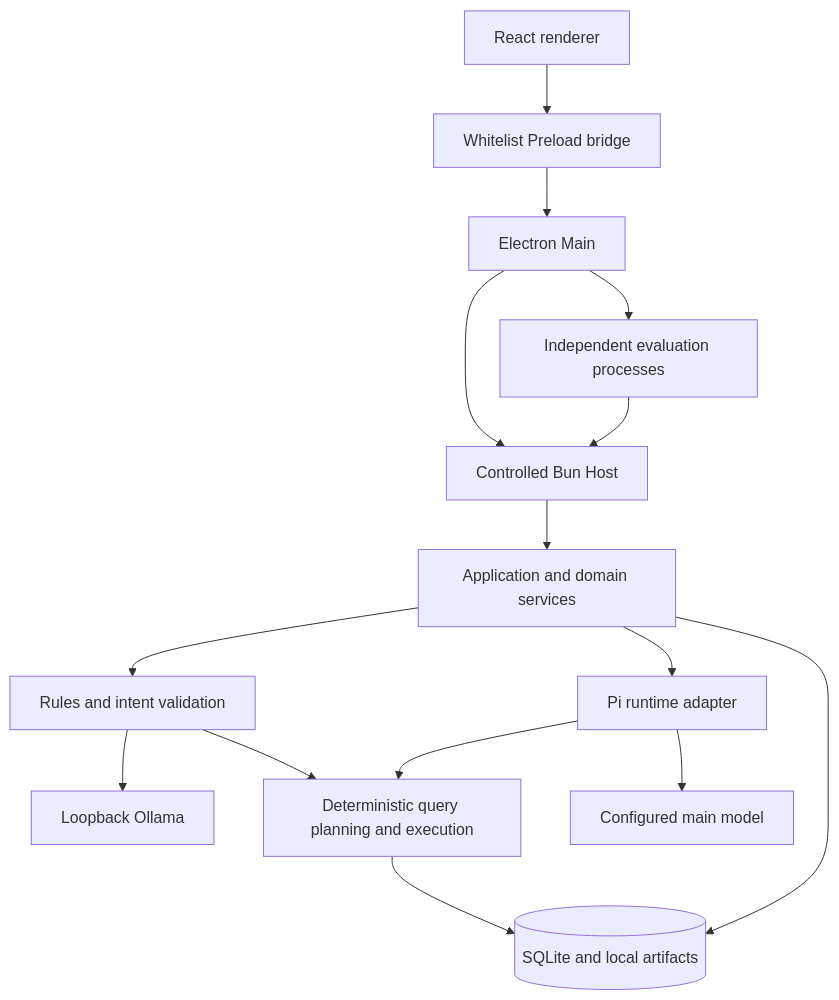
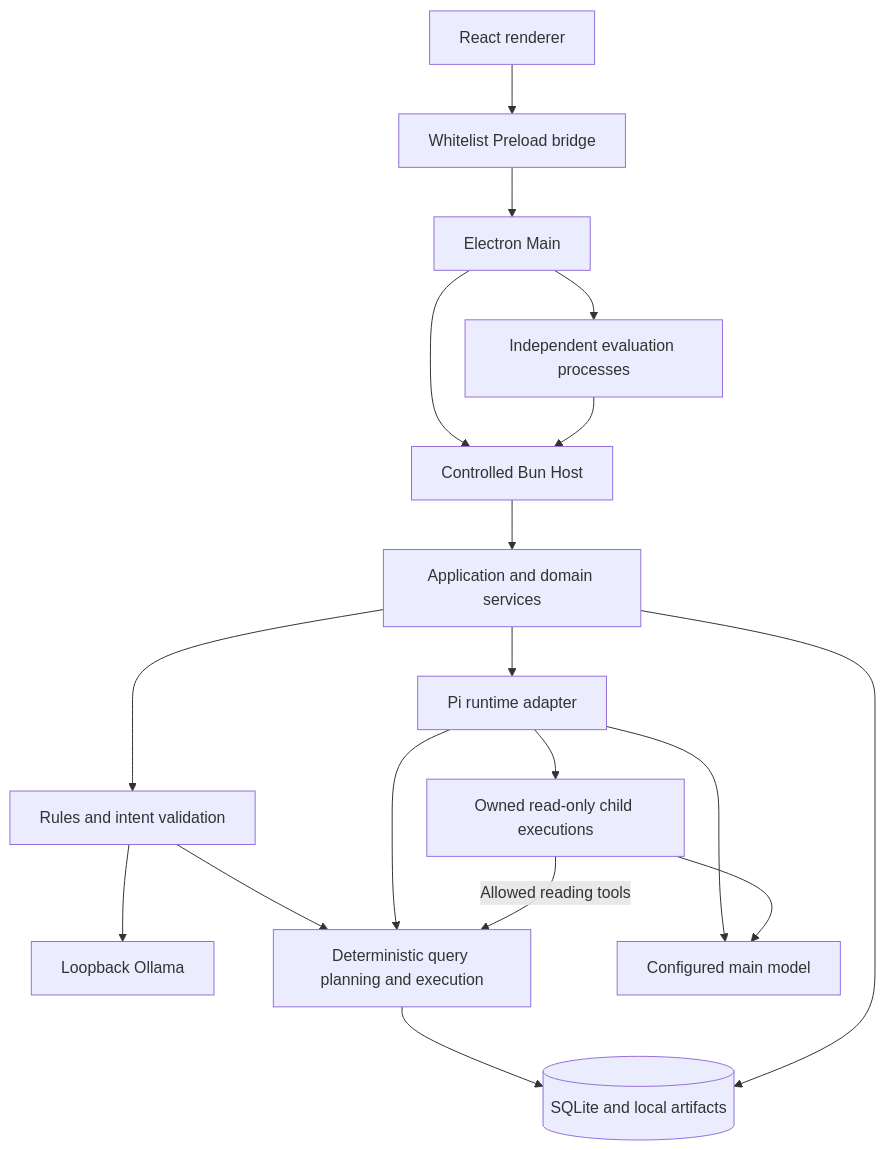
Before and after one commit to ChaoDiDiaoAA/MedClaw: the diagram in docs/architecture/overview.md, drawn with Mermaid. The commit also changed other lines of this file and 91 other files, not shown here.

````diff
--- a/docs/architecture/overview.md
+++ b/docs/architecture/overview.md
@@ -7,17 +7,20 @@
 ```mermaid
 flowchart TD
     UI[React renderer] --> PRE[Whitelist Preload bridge]
     PRE --> MAIN[Electron Main]
     MAIN --> HOST[Controlled Bun Host]
     HOST --> APP[Application and domain services]
     APP --> INTENT[Rules and intent validation]
     INTENT --> OLLAMA[Loopback Ollama]
     INTENT --> QUERY[Deterministic query planning and execution]
     APP --> PI[Pi runtime adapter]
     PI --> MODEL[Configured main model]
     PI --> QUERY
+    PI --> CHILD[Owned read-only child executions]
+    CHILD --> MODEL
+    CHILD -->|Allowed reading tools| QUERY
     QUERY --> STORE[(SQLite and local artifacts)]
     APP --> STORE
     MAIN --> EVAL[Independent evaluation processes]
     EVAL --> HOST
 ```
````
